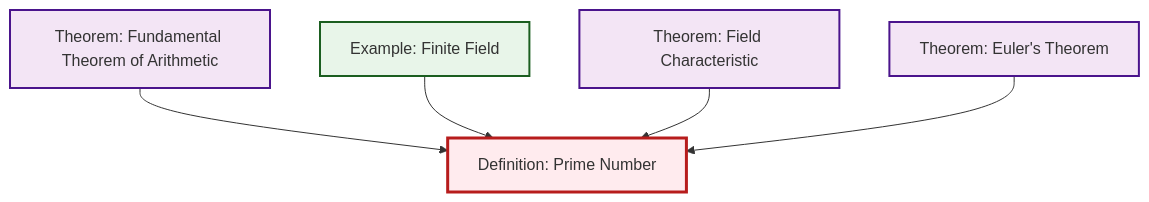
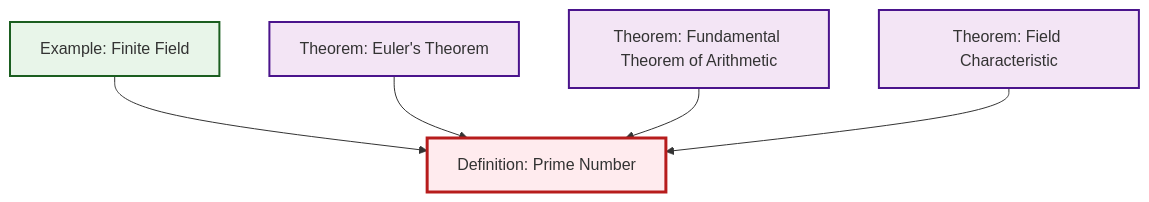
Before and after one commit to RK0429/ModernMath: the diagram in content/en/number-theory/def-prime.qmd, drawn with Mermaid. The commit also changed 511 other files, not shown here.

````diff
--- a/content/en/number-theory/def-prime.qmd
+++ b/content/en/number-theory/def-prime.qmd
@@ -53,24 +53,19 @@
 ```{mermaid}
 %%| fig-cap: "Local dependency graph"
 graph TD
     classDef definition fill:#e1f5fe,stroke:#01579b,stroke-width:2px
     classDef theorem fill:#f3e5f5,stroke:#4a148c,stroke-width:2px
     classDef axiom fill:#fff3e0,stroke:#e65100,stroke-width:2px
     classDef example fill:#e8f5e9,stroke:#1b5e20,stroke-width:2px
     classDef current fill:#ffebee,stroke:#b71c1c,stroke-width:3px
+    thm-field-characteristic["Theorem: Field Characteristic"]:::theorem
     ex-finite-field["Example: Finite Field"]:::example
-    thm-field-characteristic["Theorem: Field Characteristic"]:::theorem
     thm-euler["Theorem: Euler's Theorem"]:::theorem
     def-prime["Definition: Prime Number"]:::definition
     thm-fundamental-arithmetic["Theorem: Fundamental Theorem of Arithmetic"]:::theorem
+    ex-finite-field --> def-prime
+    thm-euler --> def-prime
     thm-fundamental-arithmetic --> def-prime
-    ex-finite-field --> def-prime
     thm-field-characteristic --> def-prime
-    thm-euler --> def-prime
     class def-prime current
-
-    click ex-finite-field "ex-finite-field.html" "Go to Finite Field example"
-    click thm-field-characteristic "thm-field-characteristic.html" "Go to Field Characteristic theorem"
-    click thm-euler "thm-euler.html" "Go to Euler's Theorem theorem"
-    click thm-fundamental-arithmetic "thm-fundamental-arithmetic.html" "Go to Fundamental Theorem of Arithmetic theorem"
 ```
````
